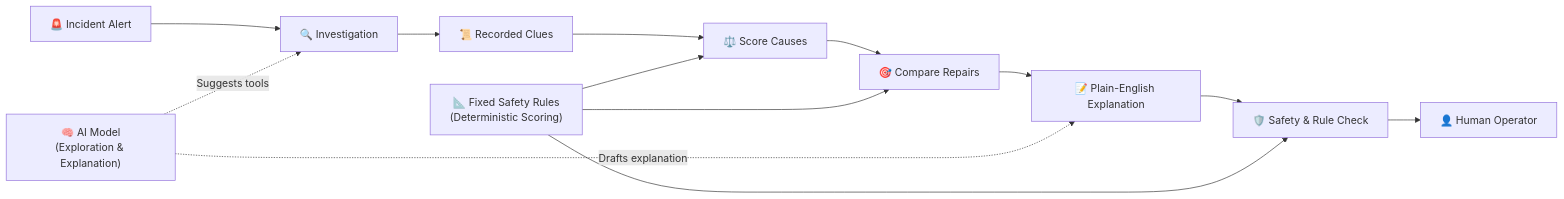
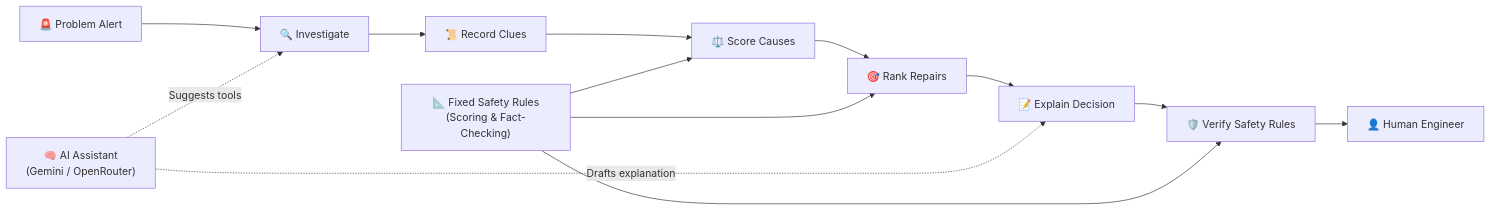
The third of 3 diagrams in README.md (AnasBabari/LEC_AI), drawn with Mermaid before and after one commit. The commit also changed other lines of this file, not shown here.

First line of the commit message:
docs(readme): restore 3 structured Mermaid diagrams with clean, jargon-free English labels

````diff
--- a/README.md
+++ b/README.md
@@ -119,16 +186,22 @@
 ```mermaid
 flowchart LR
-    Incident["🚨 Incident Alert"] --> Investigation["🔍 Investigation"]
-    Investigation --> Evidence["📜 Recorded Clues"]
-    Evidence --> Causes["⚖️ Score Causes"]
-    Causes --> Repairs["🎯 Compare Repairs"]
-    Repairs --> Explain["📝 Plain-English Explanation"]
-    Explain --> Validation["🛡️ Safety & Rule Check"]
-    Validation --> Human["👤 Human Operator"]
+    Incident["🚨 Problem Alert"]
+    Investigate["🔍 Investigate"]
+    Evidence["📜 Record Clues"]
+    Causes["⚖️ Score Causes"]
+    Repairs["🎯 Rank Repairs"]
+    Explain["📝 Explain Decision"]
+    Validate["🛡️ Verify Safety Rules"]
+    Human["👤 Human Engineer"]
 
-    AI["🧠 AI Model<br/>(Exploration & Explanation)"] -.->|Suggests tools| Investigation
+    AI["🧠 AI Assistant<br/>(Gemini / OpenRouter)"]
+    Rules["📐 Fixed Safety Rules<br/>(Scoring & Fact-Checking)"]
+
+    Incident --> Investigate --> Evidence --> Causes --> Repairs --> Explain --> Validate --> Human
+
+    AI -.->|Suggests tools| Investigate
     AI -.->|Drafts explanation| Explain
-    Rules["📐 Fixed Safety Rules<br/>(Deterministic Scoring)"] --> Causes
+    Rules --> Causes
     Rules --> Repairs
-    Rules --> Validation
+    Rules --> Validate
 ```
````
